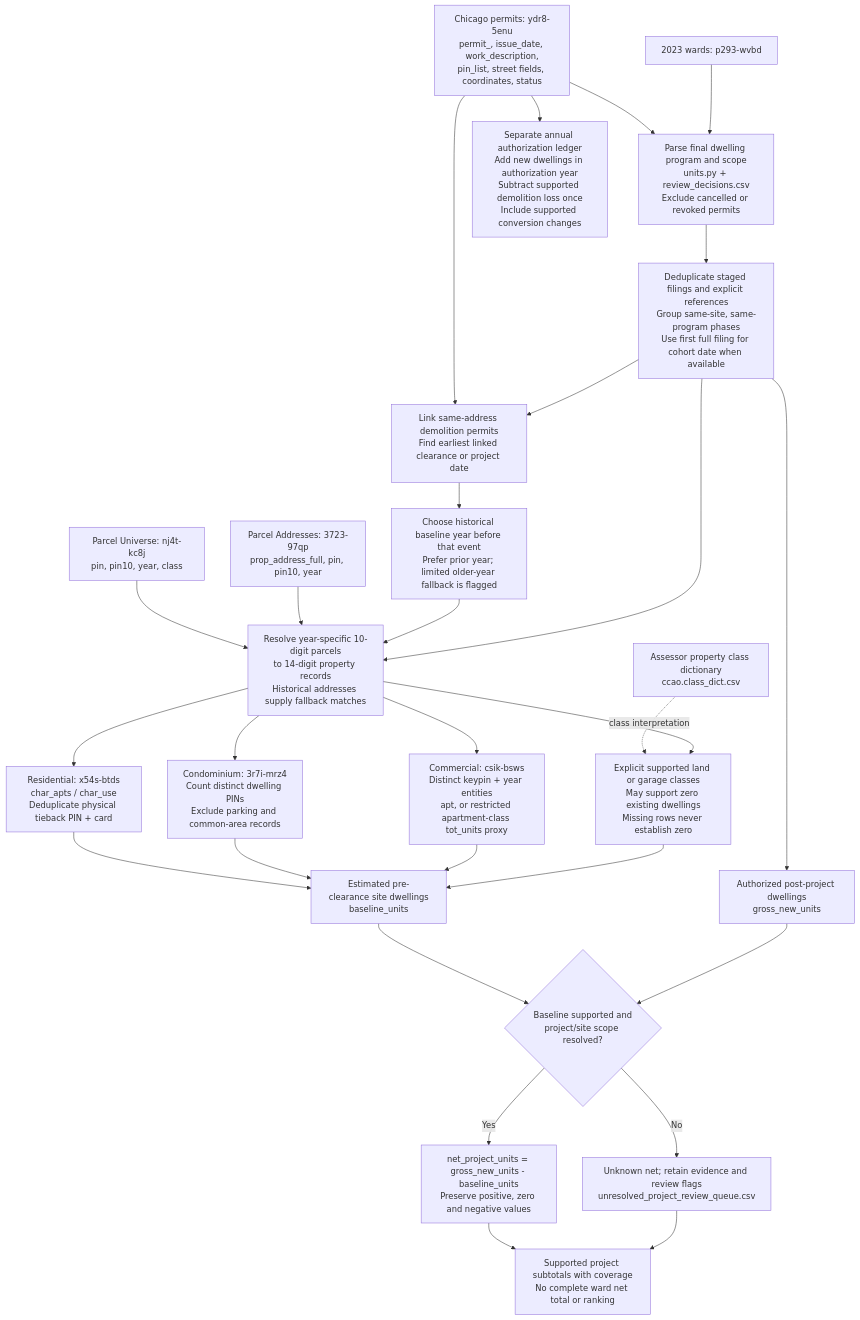
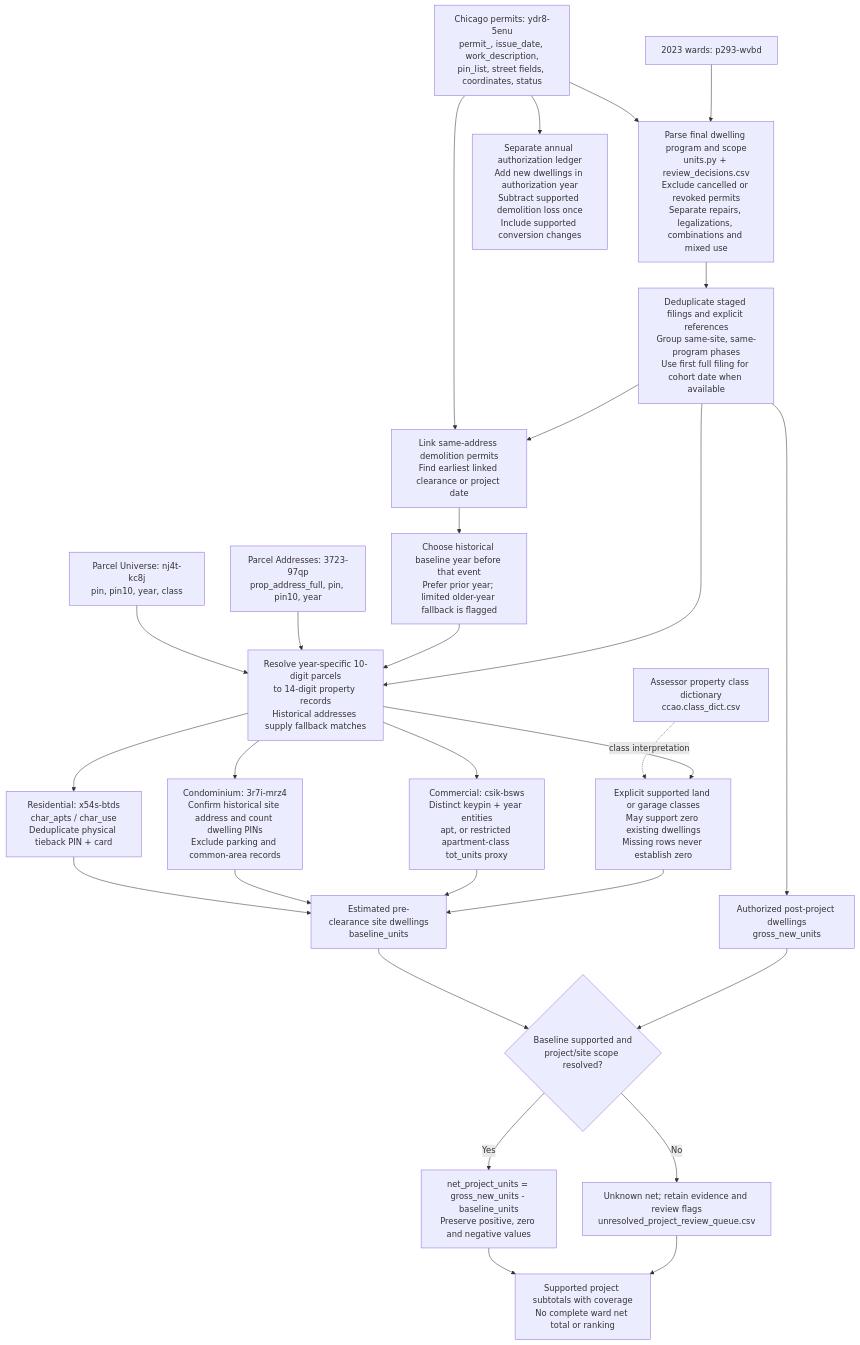
The second of 2 diagrams in README.md (MisterClean/chicago-net-permit-calculation), drawn with Mermaid before and after one commit. The commit also changed other lines of this file and 74 other files, not shown here.

````diff
--- a/README.md
+++ b/README.md
@@ -53,30 +54,30 @@
 ```mermaid
 flowchart TD
-    P["Chicago permits: ydr8-5enu<br/>permit_, issue_date, work_description,<br/>pin_list, street fields, coordinates, status"] --> S["Parse final dwelling program and scope<br/>units.py + review_decisions.csv<br/>Exclude cancelled or revoked permits"]
+    P["Chicago permits: ydr8-5enu<br/>permit_, issue_date, work_description,<br/>pin_list, street fields, coordinates, status"] --> S["Parse final dwelling program and scope<br/>units.py + review_decisions.csv<br/>Exclude cancelled or revoked permits<br/>Separate repairs, legalizations, combinations and mixed use"]
     W["2023 wards: p293-wvbd"] --> S
     S --> I["Deduplicate staged filings and explicit references<br/>Group same-site, same-program phases<br/>Use first full filing for cohort date when available"]
     I --> A["Authorized post-project dwellings<br/>gross_new_units"]
     P --> D["Link same-address demolition permits<br/>Find earliest linked clearance or project date"]
     I --> D
     D --> Y["Choose historical baseline year before that event<br/>Prefer prior year; limited older-year fallback is flagged"]
     U["Parcel Universe: nj4t-kc8j<br/>pin, pin10, year, class"] --> ID["Resolve year-specific 10-digit parcels<br/>to 14-digit property records<br/>Historical addresses supply fallback matches"]
     AD["Parcel Addresses: 3723-97qp<br/>prop_address_full, pin, pin10, year"] --> ID
     Y --> ID
     I --> ID
     ID --> R["Residential: x54s-btds<br/>char_apts / char_use<br/>Deduplicate physical tieback PIN + card"]
-    ID --> C["Condominium: 3r7i-mrz4<br/>Count distinct dwelling PINs<br/>Exclude parking and common-area records"]
+    ID --> C["Condominium: 3r7i-mrz4<br/>Confirm historical site address and count dwelling PINs<br/>Exclude parking and common-area records"]
     ID --> M["Commercial: csik-bsws<br/>Distinct keypin + year entities<br/>apt, or restricted apartment-class tot_units proxy"]
     K["Assessor property class dictionary<br/>ccao.class_dict.csv"] -. "class interpretation" .-> Z["Explicit supported land or garage classes<br/>May support zero existing dwellings<br/>Missing rows never establish zero"]
     ID --> Z
     R --> E["Estimated pre-clearance site dwellings<br/>baseline_units"]
     C --> E
     M --> E
     Z --> E
     E --> Q{"Baseline supported and<br/>project/site scope resolved?"}
     A --> Q
     Q -- Yes --> N["net_project_units = gross_new_units - baseline_units<br/>Preserve positive, zero and negative values"]
     Q -- No --> X["Unknown net; retain evidence and review flags<br/>unresolved_project_review_queue.csv"]
     N --> T["Supported project subtotals with coverage<br/>No complete ward net total or ranking"]
     X --> T
     P --> EV["Separate annual authorization ledger<br/>Add new dwellings in authorization year<br/>Subtract supported demolition loss once<br/>Include supported conversion changes"]
 ```
````
